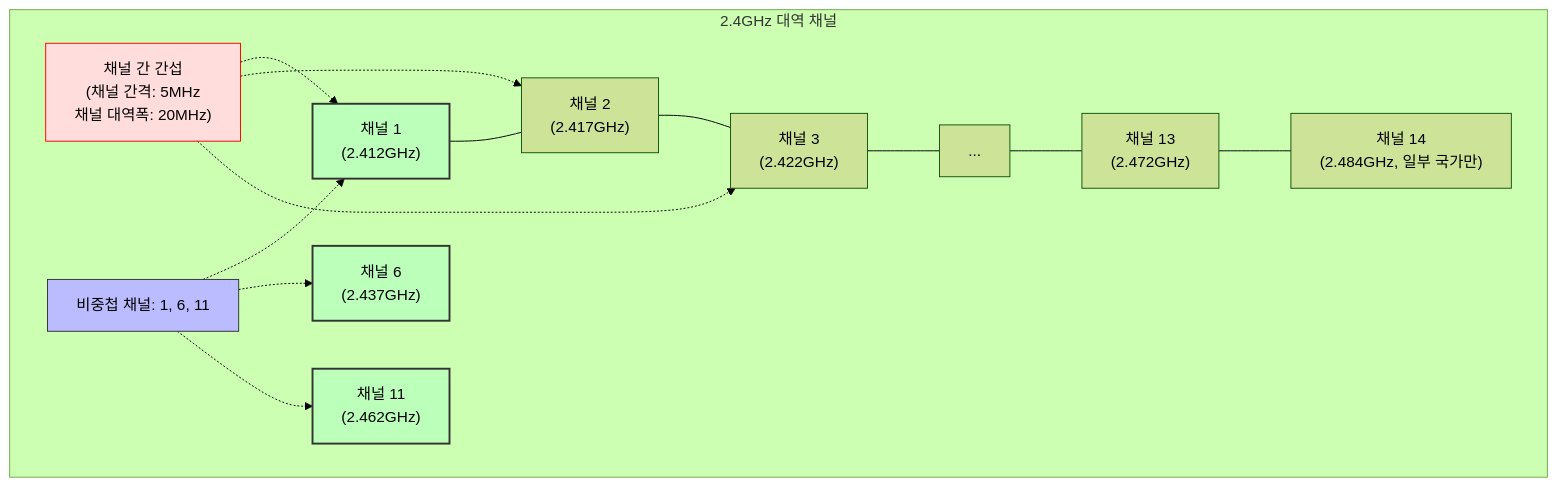
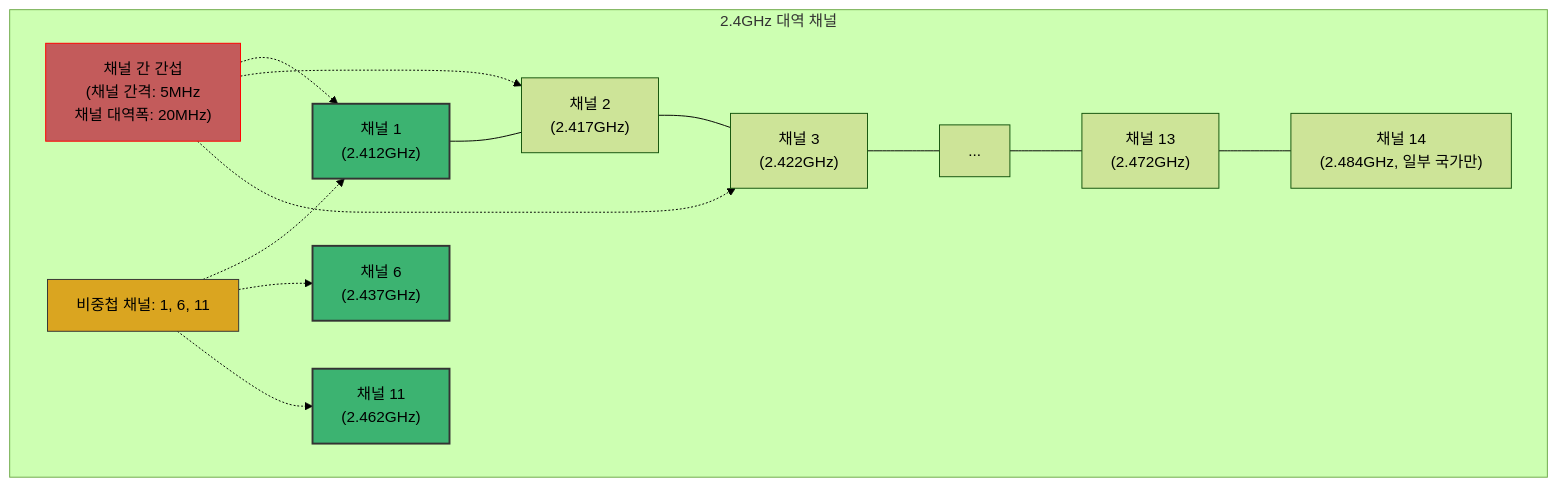
The second of 8 diagrams in chapters/07-3_wireless_network.md (KalGookSoo/network-basic), drawn with Mermaid (forest theme) before and after one commit. The commit also changed other lines of this file and 3 other files, not shown here.

Commit message:
docs: 표 시각 개선 - 다이어그램 색상 일관성 및 가독성 향상

````diff
--- a/chapters/07-3_wireless_network.md
+++ b/chapters/07-3_wireless_network.md
@@ -39,20 +39,20 @@
 ```mermaid
 graph TD
     subgraph "2.4GHz 대역 채널"
         A["채널 1<br>(2.412GHz)"] --- B["채널 2<br>(2.417GHz)"] --- C["채널 3<br>(2.422GHz)"] --- D["..."] --- E["채널 13<br>(2.472GHz)"] --- F["채널 14<br>(2.484GHz, 일부 국가만)"]
 
         G["채널 간 간섭<br>(채널 간격: 5MHz<br>채널 대역폭: 20MHz)"] -.-> A
         G -.-> B
         G -.-> C
 
         H["비중첩 채널: 1, 6, 11"] -.-> A
         H -.-> I["채널 6<br>(2.437GHz)"]
         H -.-> J["채널 11<br>(2.462GHz)"]
     end
 
-    style A fill:#bfb, stroke:#333, stroke-width:2px, color:#000
-    style I fill:#bfb, stroke:#333, stroke-width:2px, color:#000
-    style J fill:#bfb, stroke:#333, stroke-width:2px, color:#000
-    style G fill:#fdd, stroke:#f00, stroke-width:1px, color:#000
-    style H fill:#bbf, stroke:#333, stroke-width:1px, color:#000
+    style A fill:#3cb371, stroke:#333, stroke-width:2px, color:#000
+    style I fill:#3cb371, stroke:#333, stroke-width:2px, color:#000
+    style J fill:#3cb371, stroke:#333, stroke-width:2px, color:#000
+    style G fill:#c35b5b, stroke:#f00, stroke-width:1px, color:#000
+    style H fill:#daa520, stroke:#333, stroke-width:1px, color:#000
 ```
````
